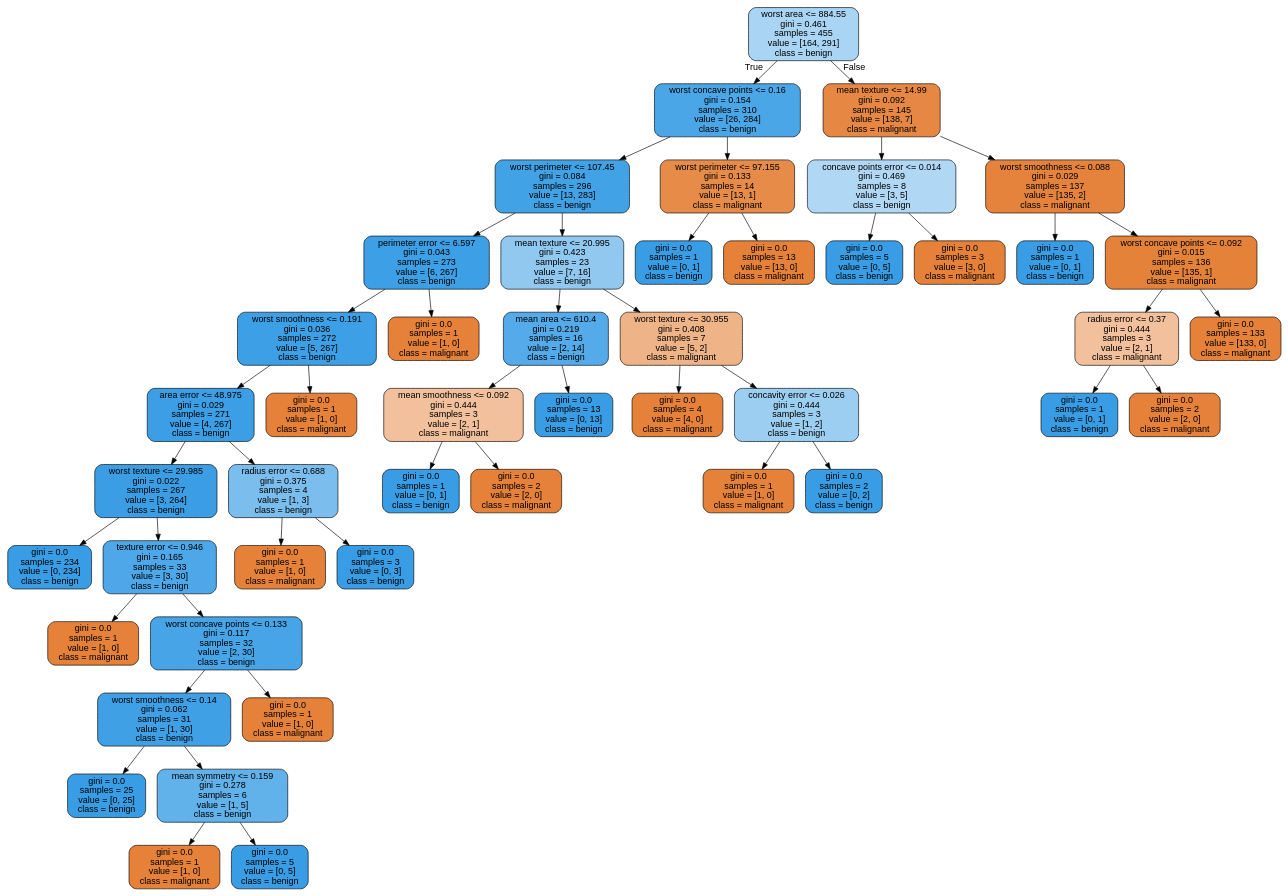
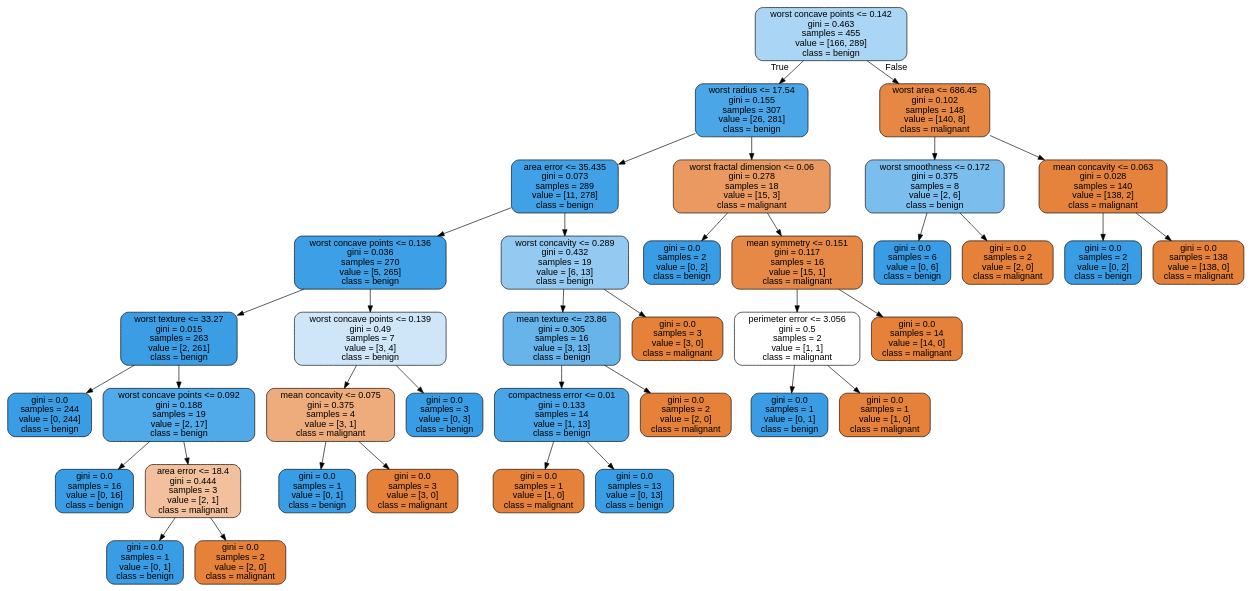
Before and after one commit to JoseDeJesusMendozaBecerril/Practica4_MineriaDeDatos: the diagram in images/decision_trees/cancer_tree_train.dot, drawn with Graphviz. The commit also changed 10 other files, not shown here.

```diff
--- a/images/decision_trees/cancer_tree_train.dot
+++ b/images/decision_trees/cancer_tree_train.dot
@@ -1,97 +1,77 @@
 digraph Tree {
 node [shape=box, style="filled, rounded", color="black", fontname=helvetica] ;
 edge [fontname=helvetica] ;
-0 [label="worst area <= 884.55\ngini = 0.461\nsamples = 455\nvalue = [164, 291]\nclass = benign", fillcolor="#a9d4f4"] ;
-1 [label="worst concave points <= 0.16\ngini = 0.154\nsamples = 310\nvalue = [26, 284]\nclass = benign", fillcolor="#4ba6e7"] ;
+0 [label="worst concave points <= 0.142\ngini = 0.463\nsamples = 455\nvalue = [166, 289]\nclass = benign", fillcolor="#abd5f4"] ;
+1 [label="worst radius <= 17.54\ngini = 0.155\nsamples = 307\nvalue = [26, 281]\nclass = benign", fillcolor="#4ba6e7"] ;
 0 -> 1 [labeldistance=2.5, labelangle=45, headlabel="True"] ;
-2 [label="worst perimeter <= 107.45\ngini = 0.084\nsamples = 296\nvalue = [13, 283]\nclass = benign", fillcolor="#42a2e6"] ;
+2 [label="area error <= 35.435\ngini = 0.073\nsamples = 289\nvalue = [11, 278]\nclass = benign", fillcolor="#41a1e6"] ;
 1 -> 2 ;
-3 [label="perimeter error <= 6.597\ngini = 0.043\nsamples = 273\nvalue = [6, 267]\nclass = benign", fillcolor="#3d9fe6"] ;
+3 [label="worst concave points <= 0.136\ngini = 0.036\nsamples = 270\nvalue = [5, 265]\nclass = benign", fillcolor="#3d9fe5"] ;
 2 -> 3 ;
-4 [label="worst smoothness <= 0.191\ngini = 0.036\nsamples = 272\nvalue = [5, 267]\nclass = benign", fillcolor="#3d9fe5"] ;
+4 [label="worst texture <= 33.27\ngini = 0.015\nsamples = 263\nvalue = [2, 261]\nclass = benign", fillcolor="#3b9ee5"] ;
 3 -> 4 ;
-5 [label="area error <= 48.975\ngini = 0.029\nsamples = 271\nvalue = [4, 267]\nclass = benign", fillcolor="#3c9ee5"] ;
+5 [label="gini = 0.0\nsamples = 244\nvalue = [0, 244]\nclass = benign", fillcolor="#399de5"] ;
 4 -> 5 ;
-6 [label="worst texture <= 29.985\ngini = 0.022\nsamples = 267\nvalue = [3, 264]\nclass = benign", fillcolor="#3b9ee5"] ;
-5 -> 6 ;
-7 [label="gini = 0.0\nsamples = 234\nvalue = [0, 234]\nclass = benign", fillcolor="#399de5"] ;
+6 [label="worst concave points <= 0.092\ngini = 0.188\nsamples = 19\nvalue = [2, 17]\nclass = benign", fillcolor="#50a9e8"] ;
+4 -> 6 ;
+7 [label="gini = 0.0\nsamples = 16\nvalue = [0, 16]\nclass = benign", fillcolor="#399de5"] ;
 6 -> 7 ;
-8 [label="texture error <= 0.946\ngini = 0.165\nsamples = 33\nvalue = [3, 30]\nclass = benign", fillcolor="#4da7e8"] ;
+8 [label="area error <= 18.4\ngini = 0.444\nsamples = 3\nvalue = [2, 1]\nclass = malignant", fillcolor="#f2c09c"] ;
 6 -> 8 ;
-9 [label="gini = 0.0\nsamples = 1\nvalue = [1, 0]\nclass = malignant", fillcolor="#e58139"] ;
+9 [label="gini = 0.0\nsamples = 1\nvalue = [0, 1]\nclass = benign", fillcolor="#399de5"] ;
 8 -> 9 ;
-10 [label="worst concave points <= 0.133\ngini = 0.117\nsamples = 32\nvalue = [2, 30]\nclass = benign", fillcolor="#46a4e7"] ;
+10 [label="gini = 0.0\nsamples = 2\nvalue = [2, 0]\nclass = malignant", fillcolor="#e58139"] ;
 8 -> 10 ;
-11 [label="worst smoothness <= 0.14\ngini = 0.062\nsamples = 31\nvalue = [1, 30]\nclass = benign", fillcolor="#40a0e6"] ;
-10 -> 11 ;
-12 [label="gini = 0.0\nsamples = 25\nvalue = [0, 25]\nclass = benign", fillcolor="#399de5"] ;
+11 [label="worst concave points <= 0.139\ngini = 0.49\nsamples = 7\nvalue = [3, 4]\nclass = benign", fillcolor="#cee6f8"] ;
+3 -> 11 ;
+12 [label="mean concavity <= 0.075\ngini = 0.375\nsamples = 4\nvalue = [3, 1]\nclass = malignant", fillcolor="#eeab7b"] ;
 11 -> 12 ;
-13 [label="mean symmetry <= 0.159\ngini = 0.278\nsamples = 6\nvalue = [1, 5]\nclass = benign", fillcolor="#61b1ea"] ;
-11 -> 13 ;
-14 [label="gini = 0.0\nsamples = 1\nvalue = [1, 0]\nclass = malignant", fillcolor="#e58139"] ;
-13 -> 14 ;
-15 [label="gini = 0.0\nsamples = 5\nvalue = [0, 5]\nclass = benign", fillcolor="#399de5"] ;
-13 -> 15 ;
-16 [label="gini = 0.0\nsamples = 1\nvalue = [1, 0]\nclass = malignant", fillcolor="#e58139"] ;
-10 -> 16 ;
-17 [label="radius error <= 0.688\ngini = 0.375\nsamples = 4\nvalue = [1, 3]\nclass = benign", fillcolor="#7bbeee"] ;
-5 -> 17 ;
-18 [label="gini = 0.0\nsamples = 1\nvalue = [1, 0]\nclass = malignant", fillcolor="#e58139"] ;
+13 [label="gini = 0.0\nsamples = 1\nvalue = [0, 1]\nclass = benign", fillcolor="#399de5"] ;
+12 -> 13 ;
+14 [label="gini = 0.0\nsamples = 3\nvalue = [3, 0]\nclass = malignant", fillcolor="#e58139"] ;
+12 -> 14 ;
+15 [label="gini = 0.0\nsamples = 3\nvalue = [0, 3]\nclass = benign", fillcolor="#399de5"] ;
+11 -> 15 ;
+16 [label="worst concavity <= 0.289\ngini = 0.432\nsamples = 19\nvalue = [6, 13]\nclass = benign", fillcolor="#94caf1"] ;
+2 -> 16 ;
+17 [label="mean texture <= 23.86\ngini = 0.305\nsamples = 16\nvalue = [3, 13]\nclass = benign", fillcolor="#67b4eb"] ;
+16 -> 17 ;
+18 [label="compactness error <= 0.01\ngini = 0.133\nsamples = 14\nvalue = [1, 13]\nclass = benign", fillcolor="#48a5e7"] ;
 17 -> 18 ;
-19 [label="gini = 0.0\nsamples = 3\nvalue = [0, 3]\nclass = benign", fillcolor="#399de5"] ;
-17 -> 19 ;
-20 [label="gini = 0.0\nsamples = 1\nvalue = [1, 0]\nclass = malignant", fillcolor="#e58139"] ;
-4 -> 20 ;
-21 [label="gini = 0.0\nsamples = 1\nvalue = [1, 0]\nclass = malignant", fillcolor="#e58139"] ;
-3 -> 21 ;
-22 [label="mean texture <= 20.995\ngini = 0.423\nsamples = 23\nvalue = [7, 16]\nclass = benign", fillcolor="#90c8f0"] ;
-2 -> 22 ;
-23 [label="mean area <= 610.4\ngini = 0.219\nsamples = 16\nvalue = [2, 14]\nclass = benign", fillcolor="#55abe9"] ;
-22 -> 23 ;
-24 [label="mean smoothness <= 0.092\ngini = 0.444\nsamples = 3\nvalue = [2, 1]\nclass = malignant", fillcolor="#f2c09c"] ;
+19 [label="gini = 0.0\nsamples = 1\nvalue = [1, 0]\nclass = malignant", fillcolor="#e58139"] ;
+18 -> 19 ;
+20 [label="gini = 0.0\nsamples = 13\nvalue = [0, 13]\nclass = benign", fillcolor="#399de5"] ;
+18 -> 20 ;
+21 [label="gini = 0.0\nsamples = 2\nvalue = [2, 0]\nclass = malignant", fillcolor="#e58139"] ;
+17 -> 21 ;
+22 [label="gini = 0.0\nsamples = 3\nvalue = [3, 0]\nclass = malignant", fillcolor="#e58139"] ;
+16 -> 22 ;
+23 [label="worst fractal dimension <= 0.06\ngini = 0.278\nsamples = 18\nvalue = [15, 3]\nclass = malignant", fillcolor="#ea9a61"] ;
+1 -> 23 ;
+24 [label="gini = 0.0\nsamples = 2\nvalue = [0, 2]\nclass = benign", fillcolor="#399de5"] ;
 23 -> 24 ;
-25 [label="gini = 0.0\nsamples = 1\nvalue = [0, 1]\nclass = benign", fillcolor="#399de5"] ;
-24 -> 25 ;
-26 [label="gini = 0.0\nsamples = 2\nvalue = [2, 0]\nclass = malignant", fillcolor="#e58139"] ;
-24 -> 26 ;
-27 [label="gini = 0.0\nsamples = 13\nvalue = [0, 13]\nclass = benign", fillcolor="#399de5"] ;
-23 -> 27 ;
-28 [label="worst texture <= 30.955\ngini = 0.408\nsamples = 7\nvalue = [5, 2]\nclass = malignant", fillcolor="#efb388"] ;
-22 -> 28 ;
-29 [label="gini = 0.0\nsamples = 4\nvalue = [4, 0]\nclass = malignant", fillcolor="#e58139"] ;
-28 -> 29 ;
-30 [label="concavity error <= 0.026\ngini = 0.444\nsamples = 3\nvalue = [1, 2]\nclass = benign", fillcolor="#9ccef2"] ;
-28 -> 30 ;
-31 [label="gini = 0.0\nsamples = 1\nvalue = [1, 0]\nclass = malignant", fillcolor="#e58139"] ;
+25 [label="mean symmetry <= 0.151\ngini = 0.117\nsamples = 16\nvalue = [15, 1]\nclass = malignant", fillcolor="#e78946"] ;
+23 -> 25 ;
+26 [label="perimeter error <= 3.056\ngini = 0.5\nsamples = 2\nvalue = [1, 1]\nclass = malignant", fillcolor="#ffffff"] ;
+25 -> 26 ;
+27 [label="gini = 0.0\nsamples = 1\nvalue = [0, 1]\nclass = benign", fillcolor="#399de5"] ;
+26 -> 27 ;
+28 [label="gini = 0.0\nsamples = 1\nvalue = [1, 0]\nclass = malignant", fillcolor="#e58139"] ;
+26 -> 28 ;
+29 [label="gini = 0.0\nsamples = 14\nvalue = [14, 0]\nclass = malignant", fillcolor="#e58139"] ;
+25 -> 29 ;
+30 [label="worst area <= 686.45\ngini = 0.102\nsamples = 148\nvalue = [140, 8]\nclass = malignant", fillcolor="#e68844"] ;
+0 -> 30 [labeldistance=2.5, labelangle=-45, headlabel="False"] ;
+31 [label="worst smoothness <= 0.172\ngini = 0.375\nsamples = 8\nvalue = [2, 6]\nclass = benign", fillcolor="#7bbeee"] ;
 30 -> 31 ;
-32 [label="gini = 0.0\nsamples = 2\nvalue = [0, 2]\nclass = benign", fillcolor="#399de5"] ;
-30 -> 32 ;
-33 [label="worst perimeter <= 97.155\ngini = 0.133\nsamples = 14\nvalue = [13, 1]\nclass = malignant", fillcolor="#e78b48"] ;
-1 -> 33 ;
-34 [label="gini = 0.0\nsamples = 1\nvalue = [0, 1]\nclass = benign", fillcolor="#399de5"] ;
-33 -> 34 ;
-35 [label="gini = 0.0\nsamples = 13\nvalue = [13, 0]\nclass = malignant", fillcolor="#e58139"] ;
-33 -> 35 ;
-36 [label="mean texture <= 14.99\ngini = 0.092\nsamples = 145\nvalue = [138, 7]\nclass = malignant", fillcolor="#e68743"] ;
-0 -> 36 [labeldistance=2.5, labelangle=-45, headlabel="False"] ;
-37 [label="concave points error <= 0.014\ngini = 0.469\nsamples = 8\nvalue = [3, 5]\nclass = benign", fillcolor="#b0d8f5"] ;
-36 -> 37 ;
-38 [label="gini = 0.0\nsamples = 5\nvalue = [0, 5]\nclass = benign", fillcolor="#399de5"] ;
-37 -> 38 ;
-39 [label="gini = 0.0\nsamples = 3\nvalue = [3, 0]\nclass = malignant", fillcolor="#e58139"] ;
-37 -> 39 ;
-40 [label="worst smoothness <= 0.088\ngini = 0.029\nsamples = 137\nvalue = [135, 2]\nclass = malignant", fillcolor="#e5833c"] ;
-36 -> 40 ;
-41 [label="gini = 0.0\nsamples = 1\nvalue = [0, 1]\nclass = benign", fillcolor="#399de5"] ;
-40 -> 41 ;
-42 [label="worst concave points <= 0.092\ngini = 0.015\nsamples = 136\nvalue = [135, 1]\nclass = malignant", fillcolor="#e5823a"] ;
-40 -> 42 ;
-43 [label="radius error <= 0.37\ngini = 0.444\nsamples = 3\nvalue = [2, 1]\nclass = malignant", fillcolor="#f2c09c"] ;
-42 -> 43 ;
-44 [label="gini = 0.0\nsamples = 1\nvalue = [0, 1]\nclass = benign", fillcolor="#399de5"] ;
-43 -> 44 ;
-45 [label="gini = 0.0\nsamples = 2\nvalue = [2, 0]\nclass = malignant", fillcolor="#e58139"] ;
-43 -> 45 ;
-46 [label="gini = 0.0\nsamples = 133\nvalue = [133, 0]\nclass = malignant", fillcolor="#e58139"] ;
-42 -> 46 ;
+32 [label="gini = 0.0\nsamples = 6\nvalue = [0, 6]\nclass = benign", fillcolor="#399de5"] ;
+31 -> 32 ;
+33 [label="gini = 0.0\nsamples = 2\nvalue = [2, 0]\nclass = malignant", fillcolor="#e58139"] ;
+31 -> 33 ;
+34 [label="mean concavity <= 0.063\ngini = 0.028\nsamples = 140\nvalue = [138, 2]\nclass = malignant", fillcolor="#e5833c"] ;
+30 -> 34 ;
+35 [label="gini = 0.0\nsamples = 2\nvalue = [0, 2]\nclass = benign", fillcolor="#399de5"] ;
+34 -> 35 ;
+36 [label="gini = 0.0\nsamples = 138\nvalue = [138, 0]\nclass = malignant", fillcolor="#e58139"] ;
+34 -> 36 ;
 }
```
